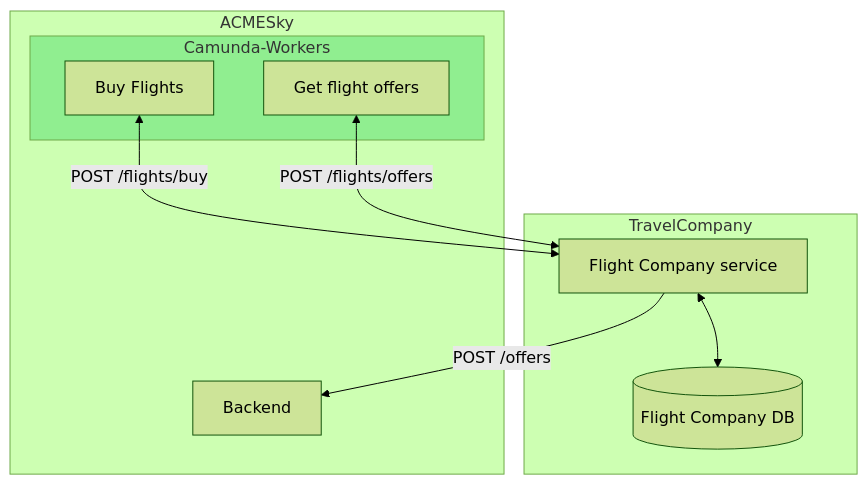
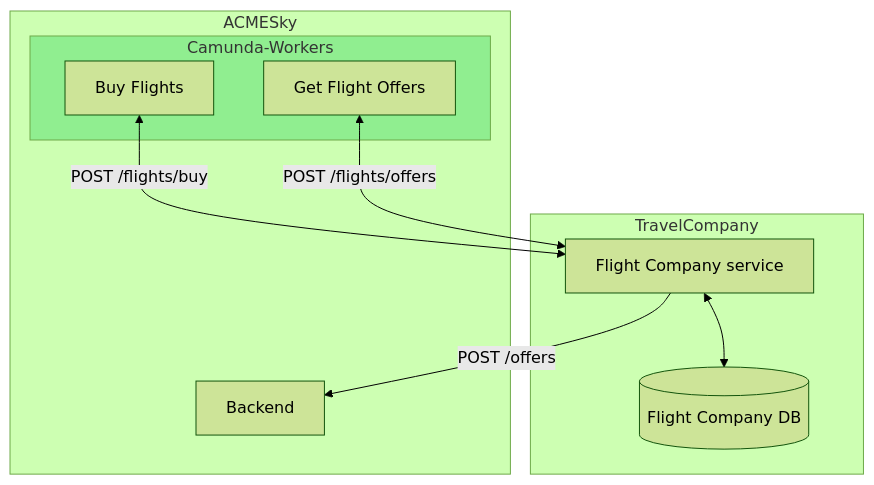
The diagram in docs/implementazione/flightcompany.md (sosengers/project-documentation), drawn with Mermaid (forest theme) before and after one commit. The commit also changed other lines of this file and 3 other files, not shown here.

````diff
--- a/docs/implementazione/flightcompany.md
+++ b/docs/implementazione/flightcompany.md
@@ -4,22 +4,22 @@
 ```mermaid
 graph TB
 FC1 -->|POST /offers| AS3
 AS1 <-->|POST /flights/buy| FC1
 AS2 <-->|POST /flights/offers| FC1
 
 subgraph TravelCompany
 FC1[Flight Company service]
 FC2[(Flight Company DB)]
 FC1 <--> FC2
 end
 
 subgraph ACMESky
 subgraph Camunda-Workers
 AS1[Buy Flights]
-AS2[Get flight offers]
+AS2[Get Flight Offers]
 end
 AS3[Backend]
 end
 
 style Camunda-Workers fill:#90EE90
 ```
````
